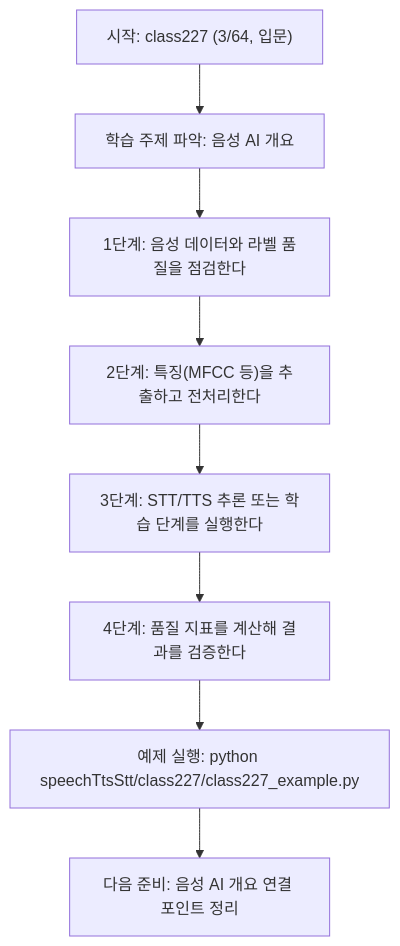
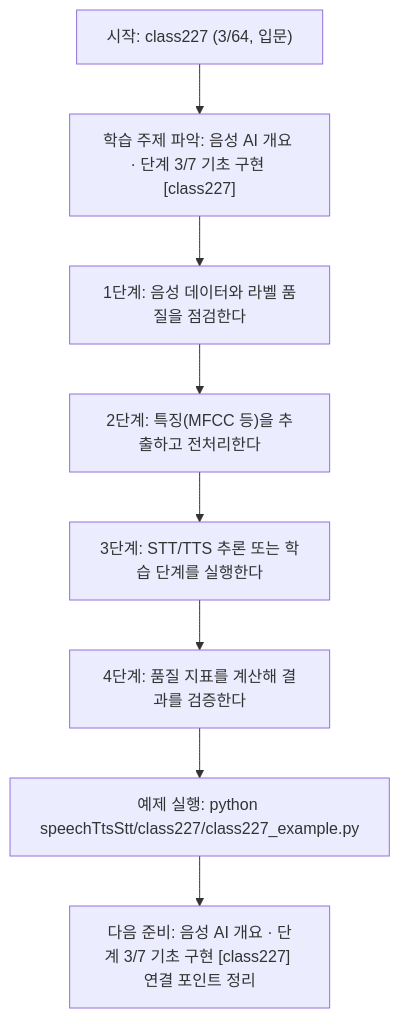
Before and after one commit to edumgt/Python-AI_Agent-Class: the diagram in speechTtsStt/class227/class227.md, drawn with Mermaid. The commit also changed other lines of this file and 522 other files, not shown here.

````diff
--- a/speechTtsStt/class227/class227.md
+++ b/speechTtsStt/class227/class227.md
@@ -113,18 +114,18 @@
 ```mermaid
 flowchart TD
 N1["시작: class227 (3/64, 입문)"]
-N2["학습 주제 파악: 음성 AI 개요"]
+N2["학습 주제 파악: 음성 AI 개요 · 단계 3/7 기초 구현 [class227]"]
 N3["1단계: 음성 데이터와 라벨 품질을 점검한다"]
 N4["2단계: 특징(MFCC 등)을 추출하고 전처리한다"]
 N5["3단계: STT/TTS 추론 또는 학습 단계를 실행한다"]
 N6["4단계: 품질 지표를 계산해 결과를 검증한다"]
 N7["예제 실행: python speechTtsStt/class227/class227_example.py"]
-N8["다음 준비: 음성 AI 개요 연결 포인트 정리"]
+N8["다음 준비: 음성 AI 개요 · 단계 3/7 기초 구현 [class227] 연결 포인트 정리"]
 N1 --> N2
 N2 --> N3
 N3 --> N4
 N4 --> N5
 N5 --> N6
 N6 --> N7
 N7 --> N8
 ```
````
